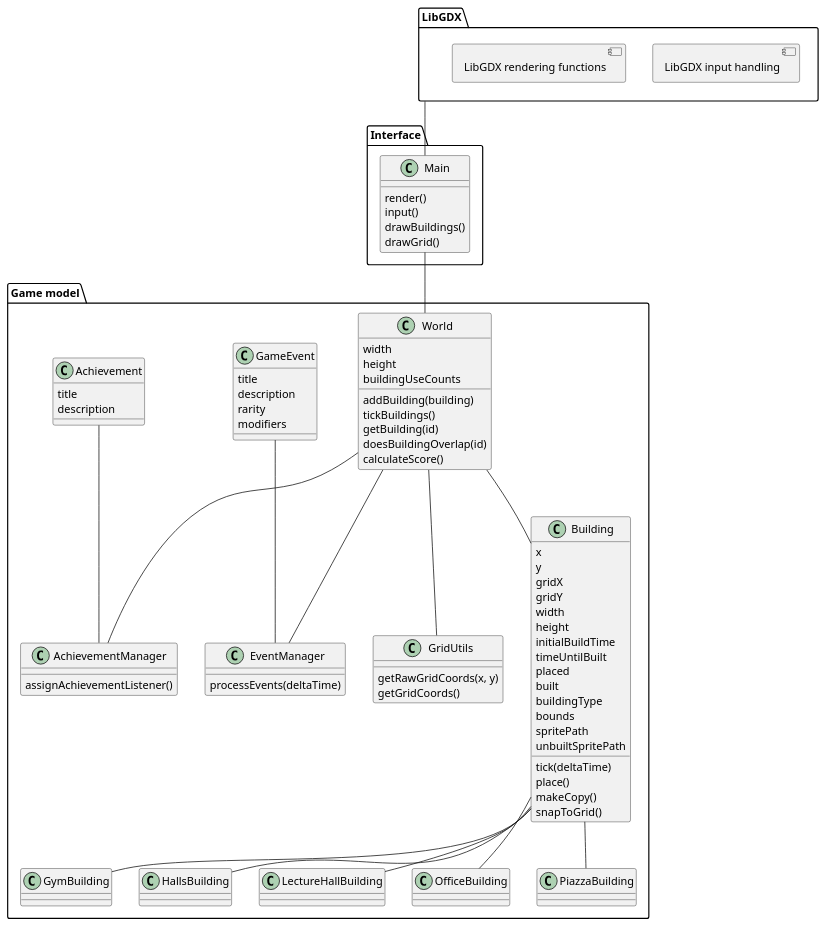
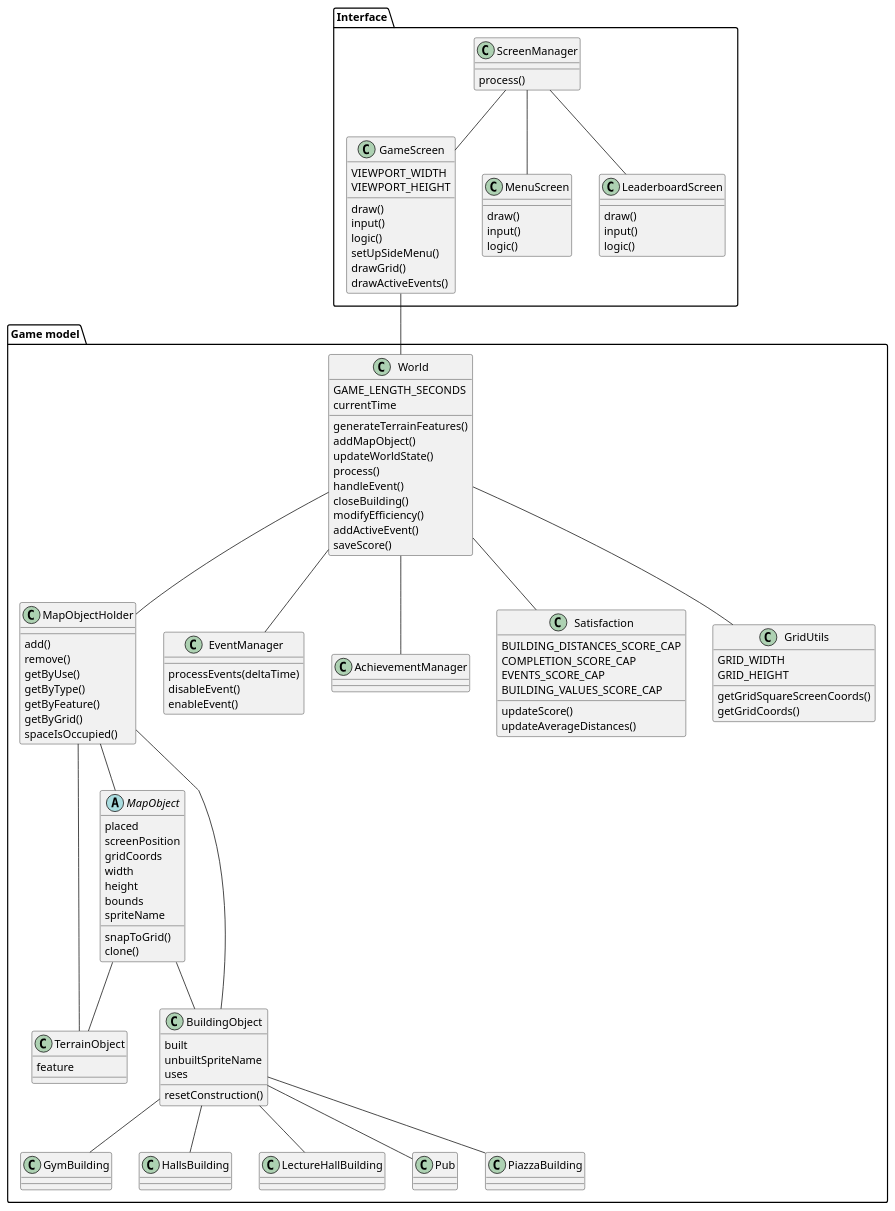
Before and after one commit to ENG1-Cohort2-Group9/Assessment-2: the diagram in game/docs/Architecture.puml, drawn with PlantUML. The commit also changed 4 other files, not shown here.

Commit message:
Updated architecture + code quality changes

```diff
--- a/game/docs/Architecture.puml
+++ b/game/docs/Architecture.puml
@@ -1,102 +1,129 @@
 @startuml
 allowmixing
 
 Package "Game model" {
     class World {
+        GAME_LENGTH_SECONDS
+        currentTime
+        generateTerrainFeatures()
+        addMapObject()
+        updateWorldState()
+        process()
+        handleEvent()
+        closeBuilding()
+        modifyEfficiency()
+        addActiveEvent()
+        saveScore()
+    }
+    class MapObjectHolder {
+        add()
+        remove()
+        getByUse()
+        getByType()
+        getByFeature()
+        getByGrid()
+        spaceIsOccupied()
+    }
+    abstract class MapObject {
+        placed
+        screenPosition
+        gridCoords
         width
         height
-        'buildings
-        buildingUseCounts
-        addBuilding(building)
-        tickBuildings()
-        getBuilding(id)
-        doesBuildingOverlap(id)
-        calculateScore()
+        bounds
+        spriteName
+        snapToGrid()
+        clone()
     }
-    class GridUtils {
-        getRawGridCoords(x, y)
-        getGridCoords()
+    class TerrainObject {
+        feature
     }
-
-    class Building {
-        x
-        y
-        gridX
-        gridY
-        width
-        height
-        initialBuildTime
-        timeUntilBuilt
-        placed
+    class BuildingObject {
         built
-        buildingType
-        bounds
-        spritePath
-        unbuiltSpritePath
-        tick(deltaTime)
-        place()
-        'Note that these are still included, they just shouldn't have been in this diagram
-        'setCenter()
-        'getBounds()
-        'getRawGridCoords()
-        'getGridCoords()
-        makeCopy()
-        snapToGrid()
+        unbuiltSpriteName
+        uses
+        resetConstruction()
     }
     class GymBuilding
     class HallsBuilding
     class LectureHallBuilding
-    class OfficeBuilding
+    class Pub
     class PiazzaBuilding
-
     class EventManager {
         processEvents(deltaTime)
-    }
-    class GameEvent {
-        title
-        description
-        rarity
-        modifiers
+        disableEvent()
+        enableEvent()
     }
 
     class AchievementManager {
-        assignAchievementListener()
+
     }
-    class Achievement {
-        title
-        description
+
+    class Satisfaction {
+        BUILDING_DISTANCES_SCORE_CAP
+        COMPLETION_SCORE_CAP
+        EVENTS_SCORE_CAP
+        BUILDING_VALUES_SCORE_CAP
+        updateScore()
+        updateAverageDistances()
+    }
+    class GridUtils {
+        GRID_WIDTH
+        GRID_HEIGHT
+        getGridSquareScreenCoords()
+        getGridCoords()
     }
 }
 
 Package "Interface" {
-    class Main {
-        render()
+    class ScreenManager {
+        process()
+    }
+    class GameScreen {
+        VIEWPORT_WIDTH
+        VIEWPORT_HEIGHT
+        draw()
         input()
-        drawBuildings()
+        logic()
+        setUpSideMenu()
         drawGrid()
+        drawActiveEvents()
+    }
+    class MenuScreen {
+        draw()
+        input()
+        logic()
+    }
+    class LeaderboardScreen {
+        draw()
+        input()
+        logic()
     }
 }
 
-Package "LibGDX" {
-    component "LibGDX input handling"
-    component "LibGDX rendering functions"
- }
+ScreenManager -- GameScreen
+ScreenManager -- MenuScreen
+ScreenManager -- LeaderboardScreen
 
-Main -- World
-"LibGDX" -- Main
+GameScreen -- World
 
 World -- GridUtils
-World -- Building
 World -- EventManager
 World -- AchievementManager
+World -- MapObjectHolder
+World -- Satisfaction
 
-GameEvent -- EventManager
-Achievement -- AchievementManager
+MapObjectHolder -- MapObject
+MapObjectHolder -- BuildingObject
+MapObjectHolder -- TerrainObject
 
-Building -- GymBuilding
-Building -- HallsBuilding
-Building -- LectureHallBuilding
-Building -- OfficeBuilding
-Building -- PiazzaBuilding
+MapObject -- BuildingObject
+MapObject -- TerrainObject
+
+BuildingObject -- GymBuilding
+BuildingObject -- HallsBuilding
+BuildingObject -- LectureHallBuilding
+BuildingObject -- Pub
+BuildingObject -- PiazzaBuilding
 
 @enduml
```
